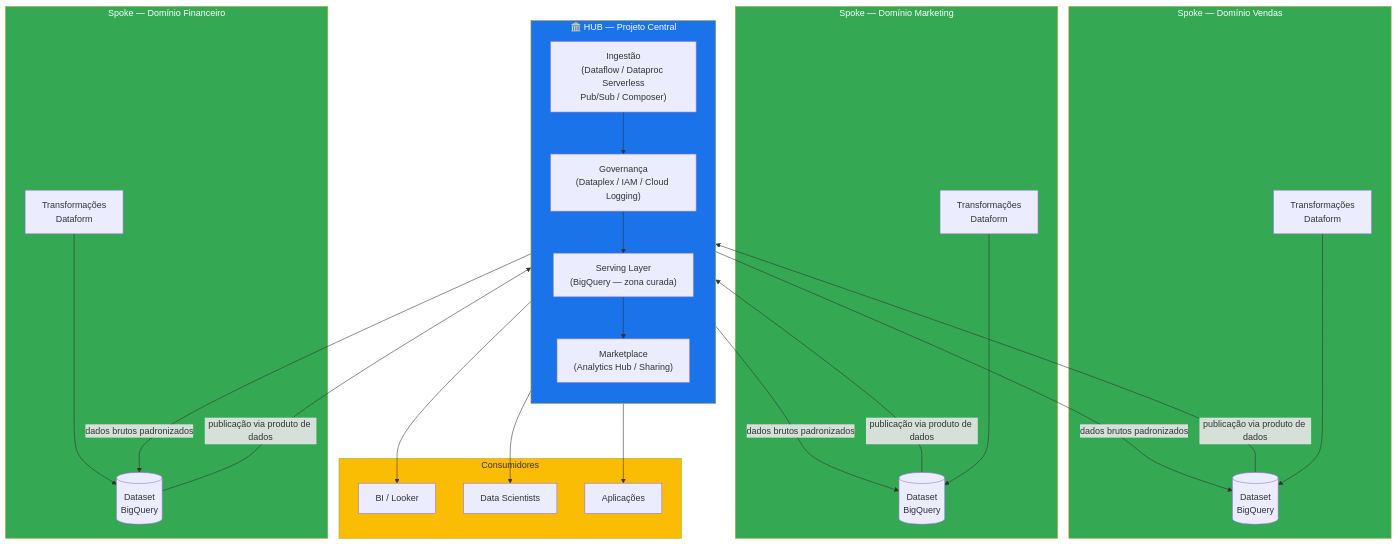
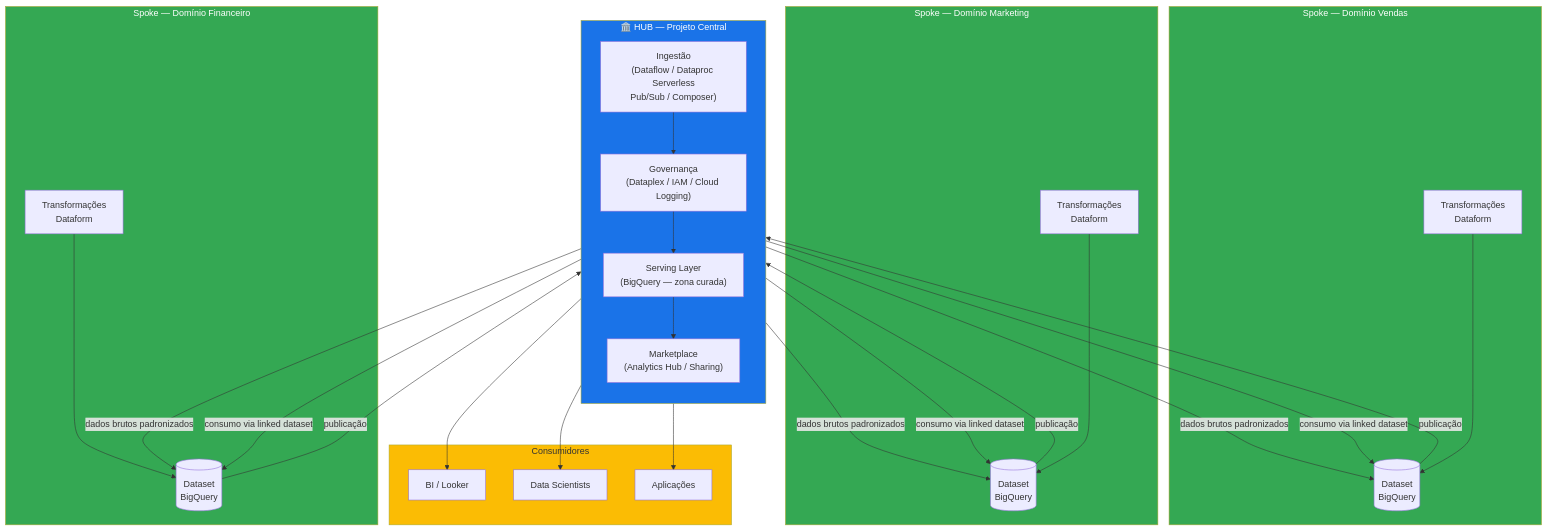
The fourth of 14 diagrams in arquitetura-hubspoke.md (brunnoorpinelli/hubspoke), drawn with Mermaid before and after one commit. The commit also changed other lines of this file, not shown here.

````diff
--- a/arquitetura-hubspoke.md
+++ b/arquitetura-hubspoke.md
@@ -132,55 +132,59 @@
 ```mermaid
 graph TB
     subgraph HUB["🏛️ HUB — Projeto Central"]
         direction TB
         ING["Ingestão\n(Dataflow / Dataproc Serverless\nPub/Sub / Composer)"]
         GOV["Governança\n(Dataplex / IAM / Cloud Logging)"]
         SRV["Serving Layer\n(BigQuery — zona curada)"]
         MKT["Marketplace\n(Analytics Hub / Sharing)"]
         ING --> GOV
         GOV --> SRV
         SRV --> MKT
     end
 
     subgraph SP1["Spoke — Domínio Vendas"]
         V1[Transformações\nDataform]
         V2[(Dataset\nBigQuery)]
         V1 --> V2
     end
 
     subgraph SP2["Spoke — Domínio Marketing"]
         M1[Transformações\nDataform]
         M2[(Dataset\nBigQuery)]
         M1 --> M2
     end
 
     subgraph SP3["Spoke — Domínio Financeiro"]
         F1[Transformações\nDataform]
         F2[(Dataset\nBigQuery)]
         F1 --> F2
     end
 
     subgraph CONS["Consumidores"]
         BI[BI / Looker]
         DS[Data Scientists]
         APP[Aplicações]
     end
 
     ING -->|dados brutos padronizados| V2
     ING -->|dados brutos padronizados| M2
     ING -->|dados brutos padronizados| F2
 
-    V2 -->|publicação via produto de dados| MKT
-    M2 -->|publicação via produto de dados| MKT
-    F2 -->|publicação via produto de dados| MKT
+    V2 -->|publicação| MKT
+    M2 -->|publicação| MKT
+    F2 -->|publicação| MKT
+
+    MKT -->|consumo via linked dataset| V2
+    MKT -->|consumo via linked dataset| M2
+    MKT -->|consumo via linked dataset| F2
 
     MKT --> BI
     MKT --> DS
     MKT --> APP
 
     style HUB fill:#1a73e8,color:#fff
     style SP1 fill:#34a853,color:#fff
     style SP2 fill:#34a853,color:#fff
     style SP3 fill:#34a853,color:#fff
     style CONS fill:#fbbc04,color:#333
 ```
````
